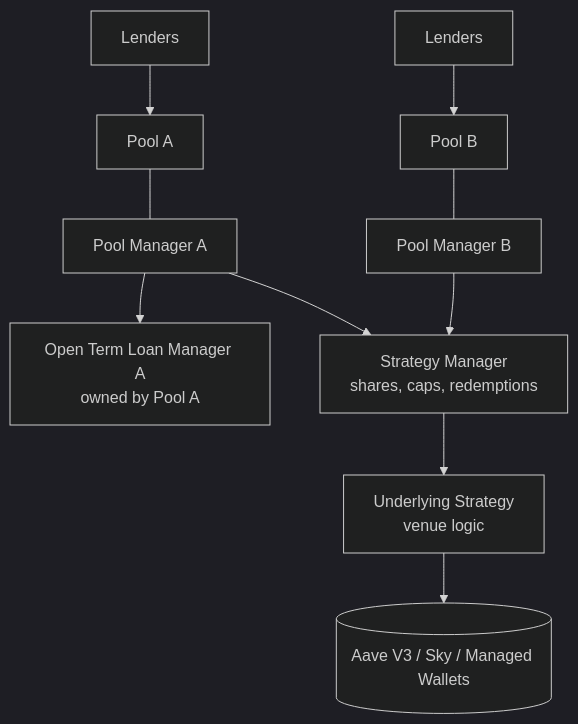
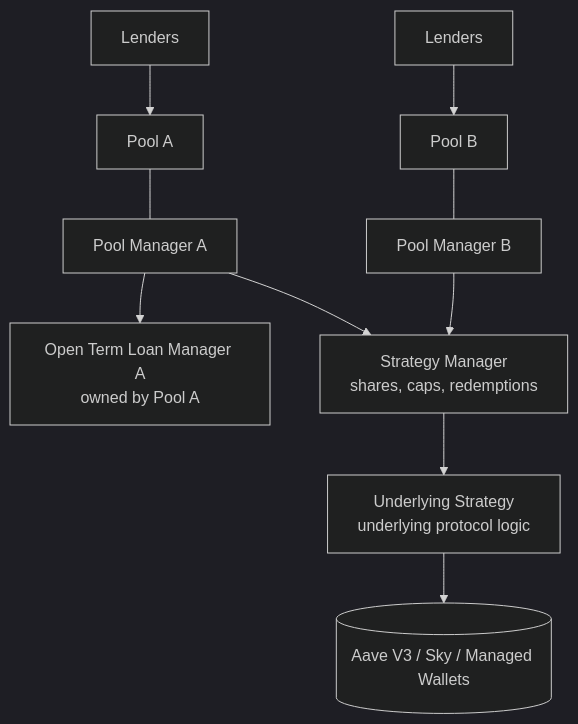
One commit to maple-labs/maple-docs changed the first of 5 diagrams in technical-resources/strategies/how-pools-allocate-capital.md. Above: the diagram before and after it, drawn with Mermaid (dark theme). The commit also changed other lines of this file and 2 other files, not shown here.

First line of the commit message:
docs: Say "underlying protocol" instead of "venue"

````diff
--- a/technical-resources/strategies/how-pools-allocate-capital.md
+++ b/technical-resources/strategies/how-pools-allocate-capital.md
@@ -17,12 +17,12 @@
 ```mermaid
 flowchart TD
     LPA[Lenders] --> PA[Pool A]
     LPB[Lenders] --> PB[Pool B]
     PA --- PMA[Pool Manager A]
     PB --- PMB[Pool Manager B]
     PMA --> LMA[Open Term Loan Manager A<br/>owned by Pool A]
     PMA --> SM[Strategy Manager<br/>shares, caps, redemptions]
     PMB --> SM
-    SM --> US[Underlying Strategy<br/>venue logic]
+    SM --> US[Underlying Strategy<br/>underlying protocol logic]
     US --> V[(Aave V3 / Sky / Managed Wallets)]
 ```
````
